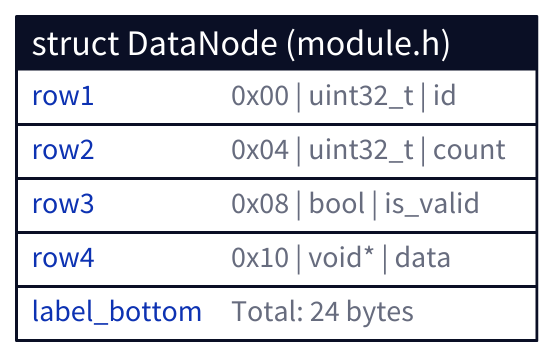
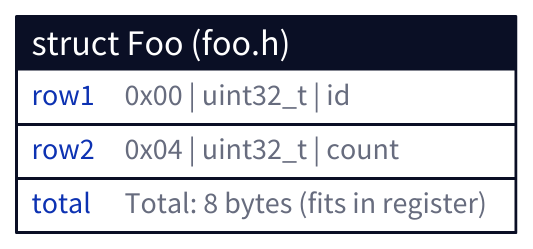
One commit to iknizzz1807/editutor-crafter changed the third of 13 diagrams in scripts/instructions/artist.md. Above: the diagram before and after it, drawn with D2. The commit also changed other lines of this file and 7 other files, not shown here.

````diff
--- a/scripts/instructions/artist.md
+++ b/scripts/instructions/artist.md
@@ -25,12 +48,9 @@
 ```d2
-data_structure: {
+my_struct: {
   shape: sql_table
-  label: "struct DataNode (module.h)"
-  
+  label: "struct Foo (foo.h)"
   row1: "0x00 | uint32_t | id"
   row2: "0x04 | uint32_t | count"
-  row3: "0x08 | bool     | is_valid"
-  row4: "0x10 | void*    | data"
-  label_bottom: "Total: 24 bytes"
+  total: "Total: 8 bytes (fits in register)"
 }
 ```
````
